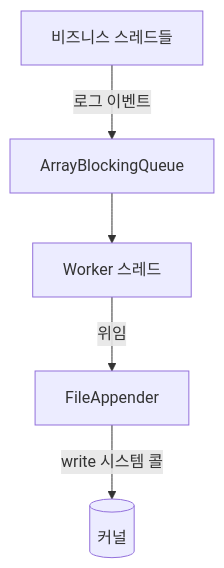
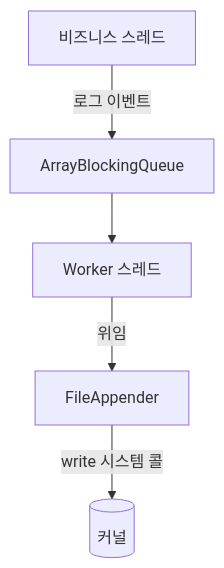
One commit to hyoguoo/hyoguoo.github.io changed the second of 2 diagrams in src/content/docs/blog/java-print-performance.md. Above: the diagram before and after it, drawn with Mermaid. The commit also changed other lines of this file, not shown here.

````diff
--- a/src/content/docs/blog/java-print-performance.md
+++ b/src/content/docs/blog/java-print-performance.md
@@ -209,7 +306,7 @@
 ```mermaid
 flowchart TB
-    A[비즈니스 스레드들] -->|로그 이벤트| Q[ArrayBlockingQueue]
+    A[비즈니스 스레드] -->|로그 이벤트| Q[ArrayBlockingQueue]
     Q --> W[Worker 스레드]
     W -->|위임| F[FileAppender]
     F -->|write 시스템 콜| OS[(커널)]
 ```
````
